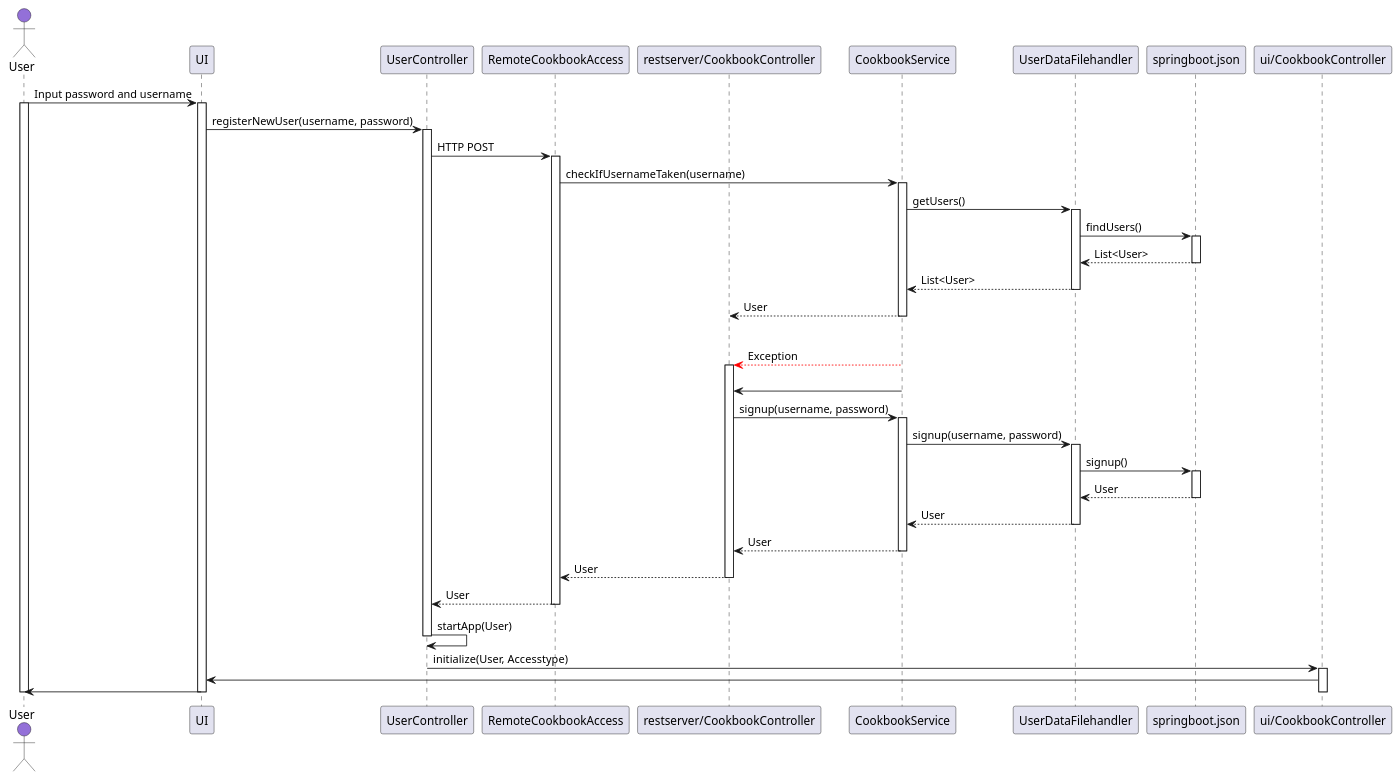
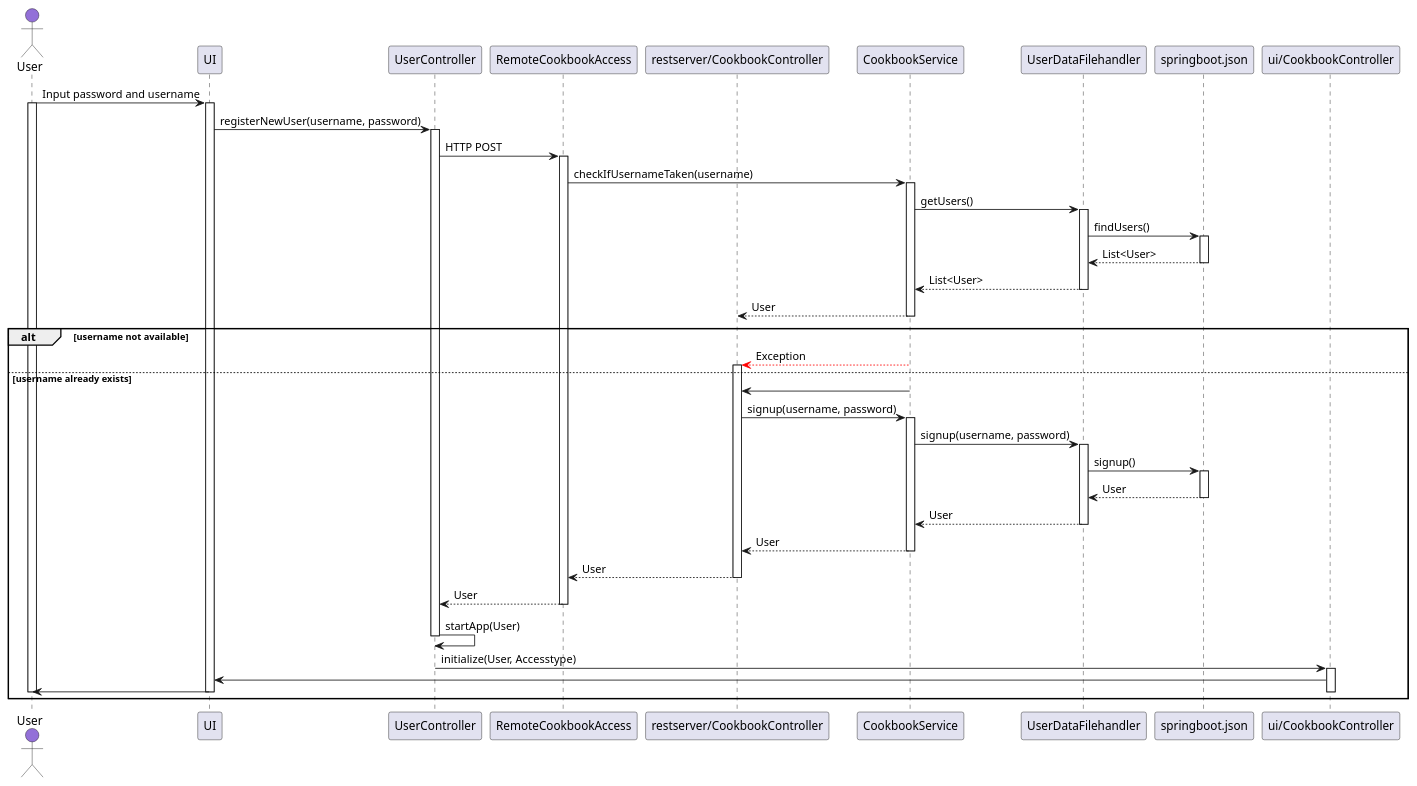
One commit to MadsJJ/Cookbook changed the diagram in cookbook/docs/release3/Diagrams/SequenceDiagram.puml. Above: the diagram before and after it, drawn with PlantUML.

Commit message:
Added box for two alternative returns

```diff
--- a/cookbook/docs/release3/Diagrams/SequenceDiagram.puml
+++ b/cookbook/docs/release3/Diagrams/SequenceDiagram.puml
@@ -1,65 +1,66 @@
 @startuml Sequence Diagram
 
 Actor User as user  #MediumPurple
 participant UI as ui 
 participant UserController as uc  
 participant RemoteCookbookAccess as rca 
 participant "restserver/CookbookController" as rcc  
 participant CookbookService as cs 
 participant UserDataFilehandler as udf  
 participant "springboot.json" as sbj 
 participant "ui/CookbookController" as ucc 
 
 user -> ui: Input password and username
 activate user
 activate ui
 
 ui -> uc: registerNewUser(username, password)
 activate uc
 uc -> rca: HTTP POST
 activate rca
 rca -> cs: checkIfUsernameTaken(username)
 activate cs
 cs -> udf: getUsers()
 activate udf
 udf -> sbj: findUsers()
 activate sbj
 sbj --> udf: List<User>
 deactivate sbj
 udf --> cs: List<User>
 deactivate udf
 cs --> rcc: User
 deactivate cs
 
 alt username not available
 cs -[#Red]-> rcc: Exception
-else username available
+else username already exists 
 activate rcc
 cs -> rcc
 rcc -> cs: signup(username, password)
 activate cs
 cs -> udf: signup(username, password)
 activate udf
 udf -> sbj: signup()
 activate sbj
 sbj --> udf: User
 deactivate sbj
 udf --> cs: User
 deactivate udf
 cs --> rcc: User
 deactivate cs
 rcc --> rca: User
 deactivate rcc
 rca --> uc: User
 deactivate rca
 uc -> uc: startApp(User)
 deactivate uc
 uc -> ucc: initialize(User, Accesstype)
 activate ucc
 ucc -> ui
 ui -> user
 deactivate ucc
 deactivate ui
 deactivate user
+end
 
 @enduml
```
